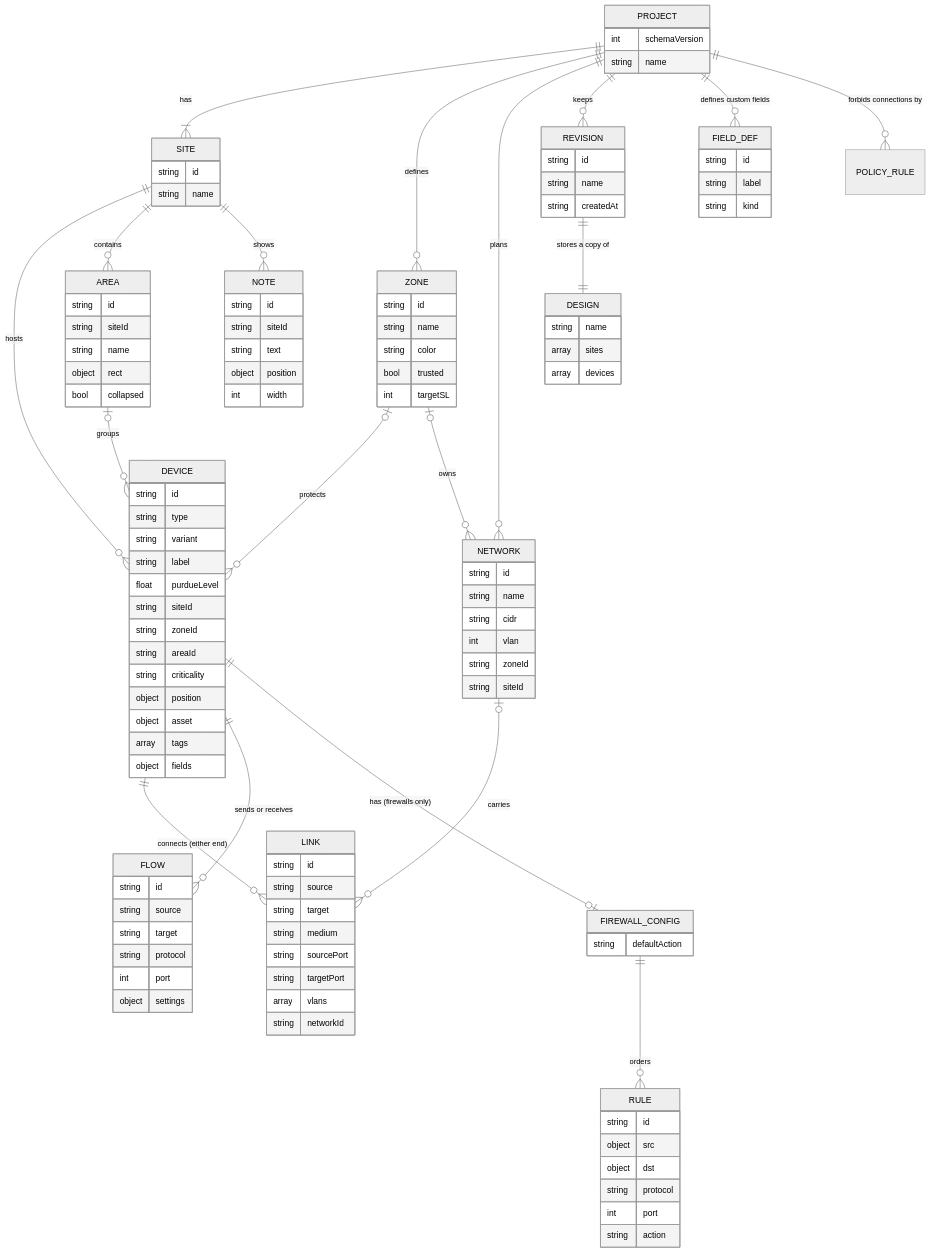
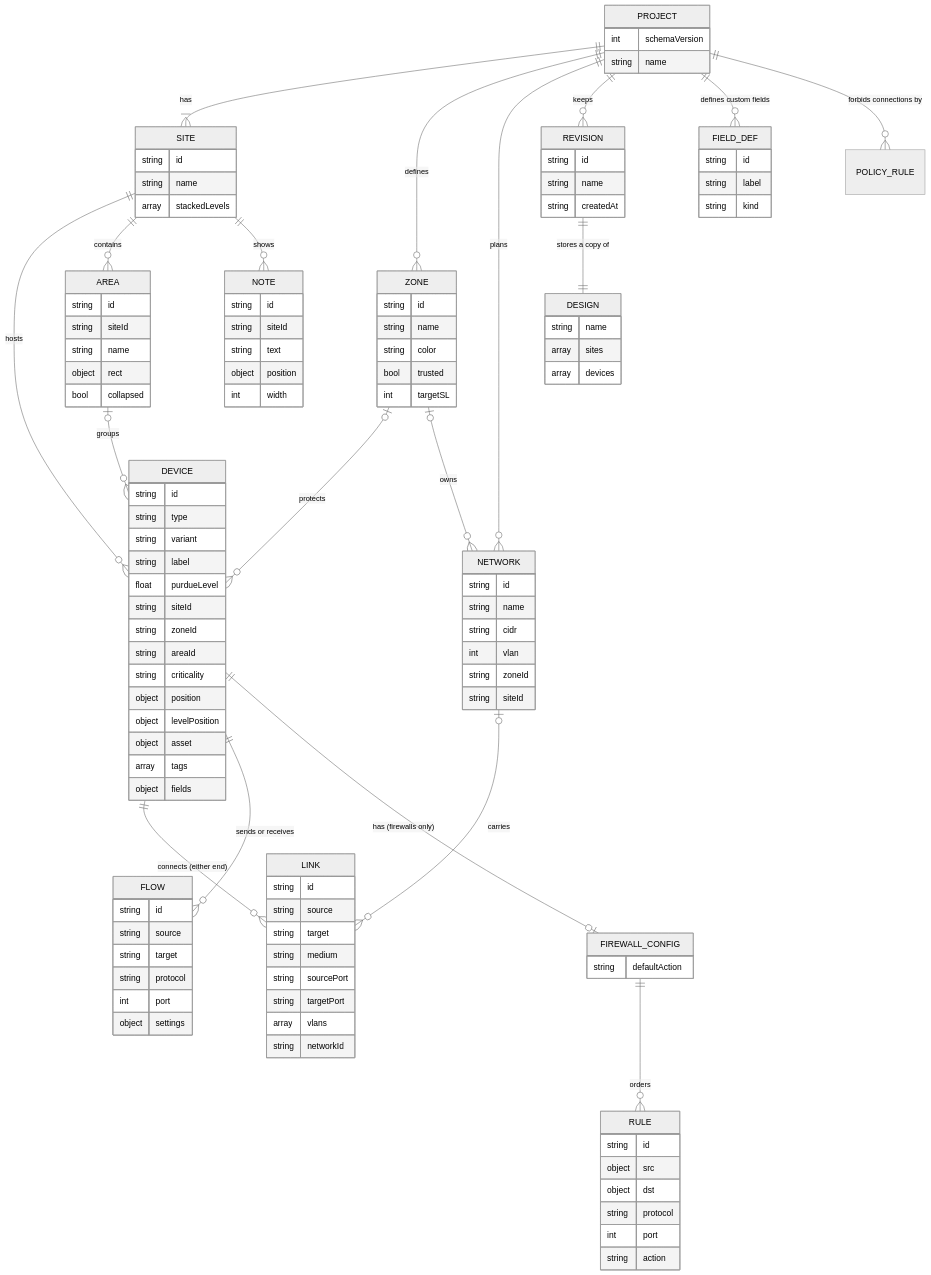
One commit to vijaykumargowdakk/ReSecArc changed diagram 11 of 32 in README.md. Above: the diagram before and after it, drawn with Mermaid (neutral theme). The commit also changed other lines of this file and 6 other files, not shown here.

```diff
--- a/README.md
+++ b/README.md
@@ -585,6 +595,7 @@
     SITE {
         string id
         string name
+        array stackedLevels
     }
     DEVICE {
         string id
@@ -597,6 +608,7 @@
         string areaId
         string criticality
         object position
+        object levelPosition
         object asset
         array tags
         object fields
```
